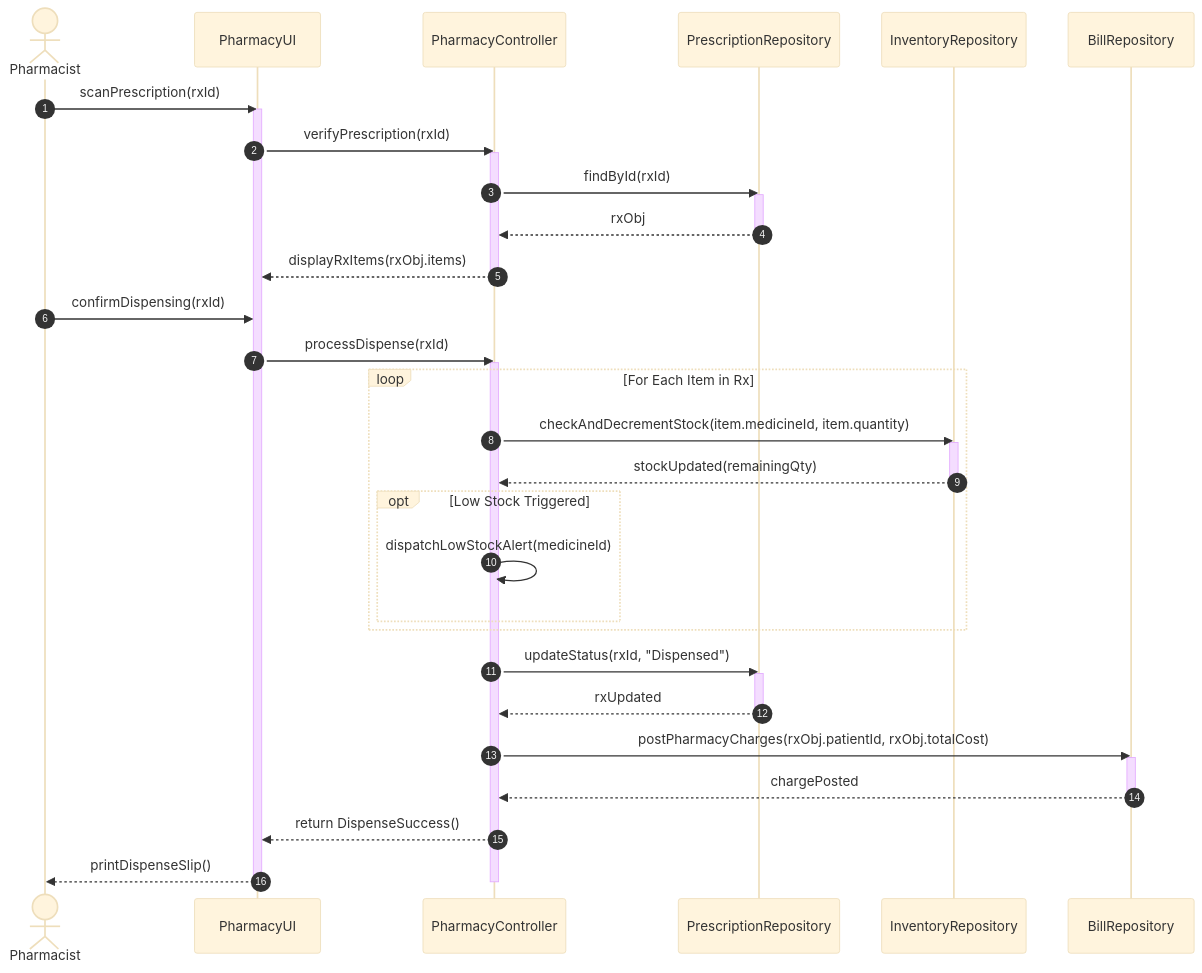
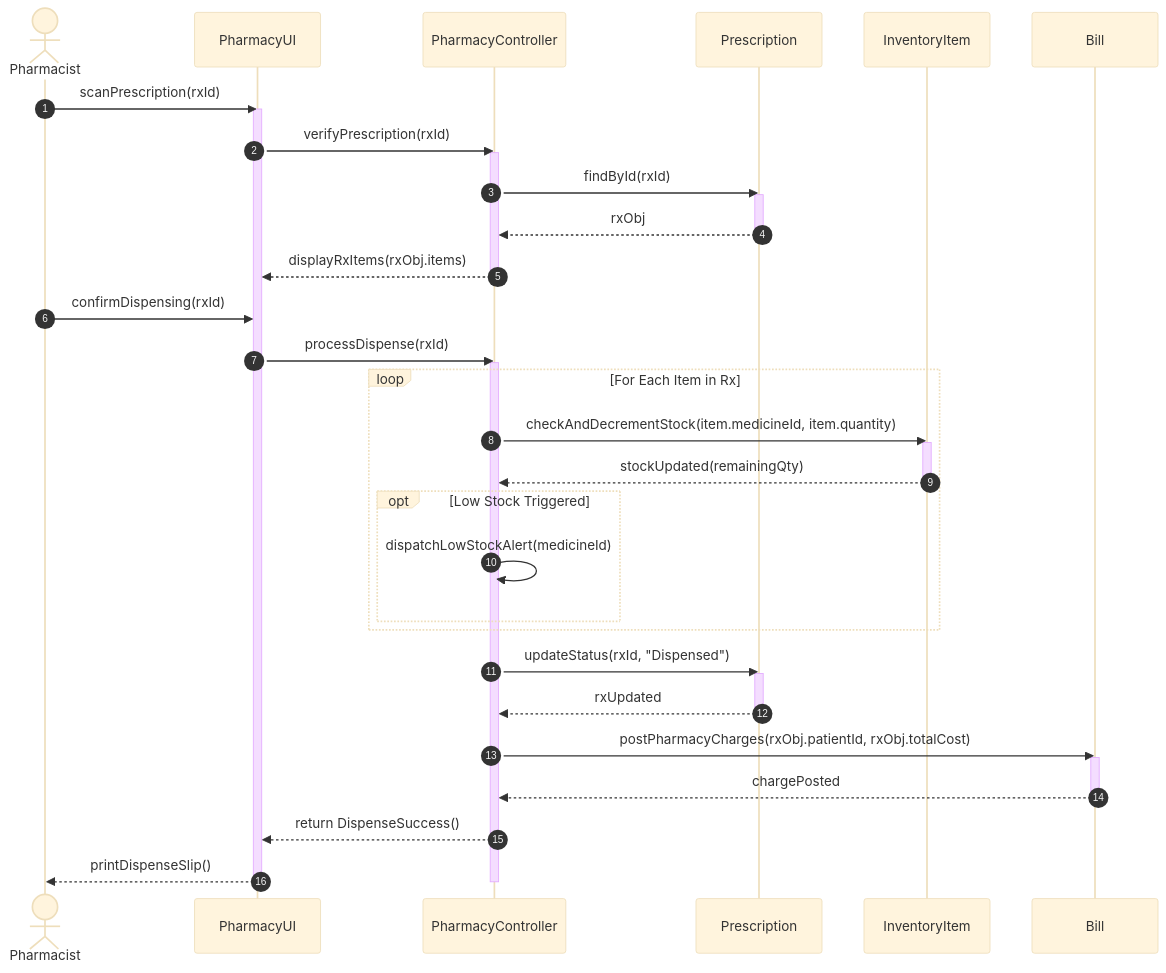
The diagram in experiment-06/detailed-sequence-diagrams/dsd-05-pharmacy-dispensing.mmd (saipraveen-k/Smart-Hospital-Management-System---UML), drawn with Mermaid (base theme) before and after one commit. The commit also changed 11 other files, not shown here.

Commit message:
docs: add actor definitions, use case diagrams, and detailed sequence diagrams for the Smart Hospital Management System.

```diff
--- a/experiment-06/detailed-sequence-diagrams/dsd-05-pharmacy-dispensing.mmd
+++ b/experiment-06/detailed-sequence-diagrams/dsd-05-pharmacy-dispensing.mmd
@@ -1,44 +1,44 @@
 sequenceDiagram
     autonumber
     actor Pharmacist as Pharmacist
     participant UI as PharmacyUI
     participant Ctrl as PharmacyController
-    participant RxRepo as PrescriptionRepository
-    participant InvRepo as InventoryRepository
-    participant BillRepo as BillRepository
+    participant RxEntity as Prescription
+    participant InvEntity as InventoryItem
+    participant BillEntity as Bill
 
     Pharmacist->>UI: scanPrescription(rxId)
     activate UI
     UI->>Ctrl: verifyPrescription(rxId)
     activate Ctrl
-    Ctrl->>RxRepo: findById(rxId)
-    activate RxRepo
-    RxRepo-->>Ctrl: rxObj
-    deactivate RxRepo
+    Ctrl->>RxEntity: findById(rxId)
+    activate RxEntity
+    RxEntity-->>Ctrl: rxObj
+    deactivate RxEntity
     Ctrl-->>UI: displayRxItems(rxObj.items)
     deactivate Ctrl
 
     Pharmacist->>UI: confirmDispensing(rxId)
     UI->>Ctrl: processDispense(rxId)
     activate Ctrl
     loop For Each Item in Rx
-        Ctrl->>InvRepo: checkAndDecrementStock(item.medicineId, item.quantity)
-        activate InvRepo
-        InvRepo-->>Ctrl: stockUpdated(remainingQty)
-        deactivate InvRepo
+        Ctrl->>InvEntity: checkAndDecrementStock(item.medicineId, item.quantity)
+        activate InvEntity
+        InvEntity-->>Ctrl: stockUpdated(remainingQty)
+        deactivate InvEntity
         opt Low Stock Triggered
             Ctrl->>Ctrl: dispatchLowStockAlert(medicineId)
         end
     end
-    Ctrl->>RxRepo: updateStatus(rxId, "Dispensed")
-    activate RxRepo
-    RxRepo-->>Ctrl: rxUpdated
-    deactivate RxRepo
-    Ctrl->>BillRepo: postPharmacyCharges(rxObj.patientId, rxObj.totalCost)
-    activate BillRepo
-    BillRepo-->>Ctrl: chargePosted
-    deactivate BillRepo
+    Ctrl->>RxEntity: updateStatus(rxId, "Dispensed")
+    activate RxEntity
+    RxEntity-->>Ctrl: rxUpdated
+    deactivate RxEntity
+    Ctrl->>BillEntity: postPharmacyCharges(rxObj.patientId, rxObj.totalCost)
+    activate BillEntity
+    BillEntity-->>Ctrl: chargePosted
+    deactivate BillEntity
     Ctrl-->>UI: return DispenseSuccess()
     UI-->>Pharmacist: printDispenseSlip()
     deactivate Ctrl
     deactivate UI
```
